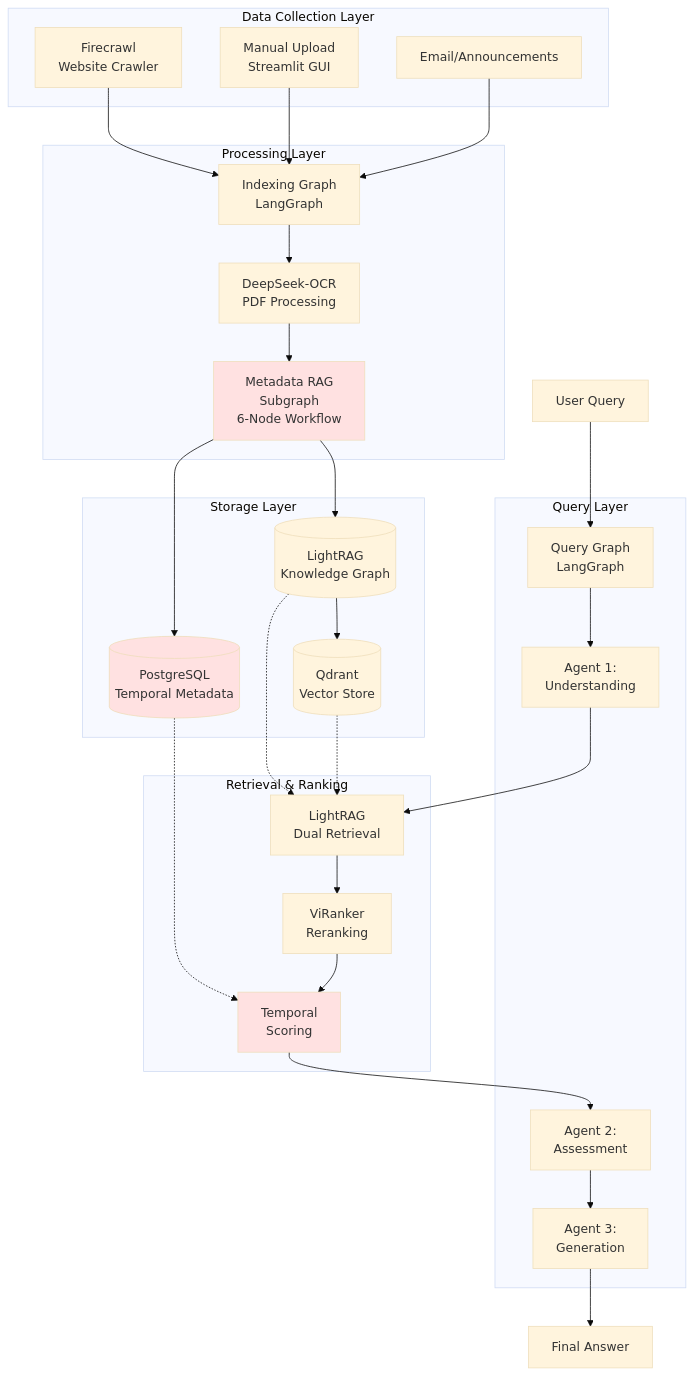
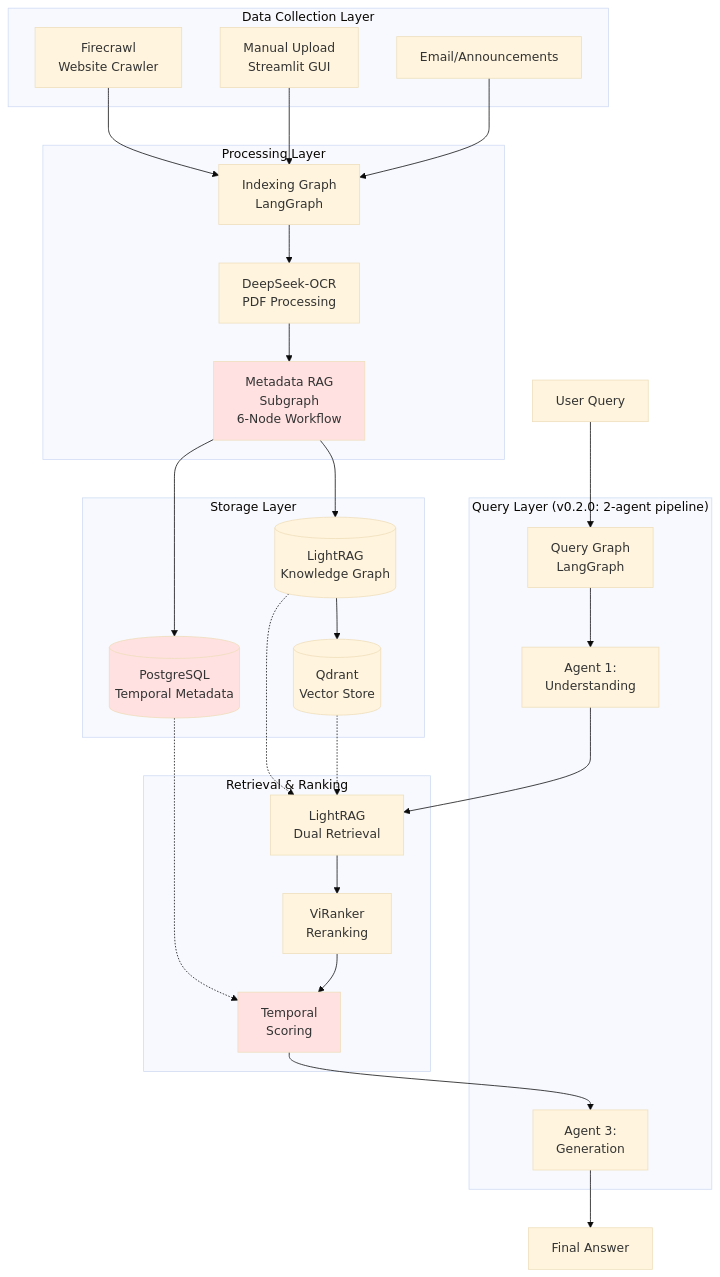
The fifth of 9 diagrams in docs/thesis/TECHNICAL_REPORT_COMPREHENSIVE.md (Jajajou/UIT_DOCS_AGENT), drawn with Mermaid (base theme) before and after one commit. The commit also changed other lines of this file and 16 other files, not shown here.

````diff
--- a/docs/thesis/TECHNICAL_REPORT_COMPREHENSIVE.md
+++ b/docs/thesis/TECHNICAL_REPORT_COMPREHENSIVE.md
@@ -591,59 +591,57 @@
 ```mermaid
 graph TB
     subgraph "Data Collection Layer"
         A1[Firecrawl<br/>Website Crawler]
         A2[Manual Upload<br/>Streamlit GUI]
         A3[Email/Announcements]
     end
 
     subgraph "Processing Layer"
         B1[Indexing Graph<br/>LangGraph]
         B2[DeepSeek-OCR<br/>PDF Processing]
         B3[Metadata RAG<br/>Subgraph<br/>6-Node Workflow]
     end
 
     subgraph "Storage Layer"
         C1[(LightRAG<br/>Knowledge Graph)]
         C2[(PostgreSQL<br/>Temporal Metadata)]
         C3[(Qdrant<br/>Vector Store)]
     end
 
-    subgraph "Query Layer"
+    subgraph "Query Layer (v0.2.0: 2-agent pipeline)"
         D1[Query Graph<br/>LangGraph]
         D2[Agent 1:<br/>Understanding]
-        D3[Agent 2:<br/>Assessment]
         D4[Agent 3:<br/>Generation]
     end
 
     subgraph "Retrieval & Ranking"
         E1[LightRAG<br/>Dual Retrieval]
         E2[ViRanker<br/>Reranking]
         E3[Temporal<br/>Scoring]
     end
 
     A1 --> B1
     A2 --> B1
     A3 --> B1
     B1 --> B2
     B2 --> B3
     B3 --> C1
     B3 --> C2
     C1 --> C3
 
     User[User Query] --> D1
     D1 --> D2
     D2 --> E1
     E1 --> E2
     E2 --> E3
-    E3 --> D3
-    D3 --> D4
+    E3 --> D4
     D4 --> Response[Final Answer]
 
     C1 -.-> E1
     C2 -.-> E3
     C3 -.-> E1
 
     style B3 fill:#ffe1e1
     style C2 fill:#ffe1e1
     style E3 fill:#ffe1e1
 ```
````
